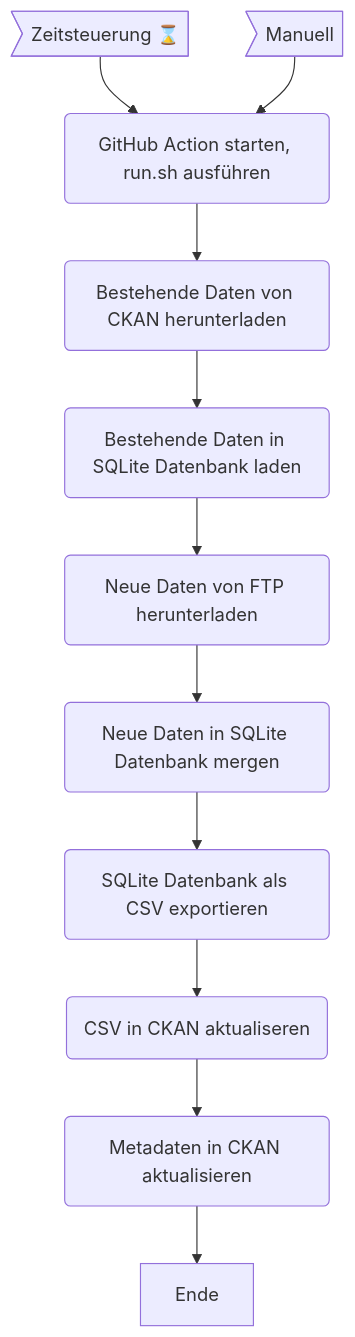
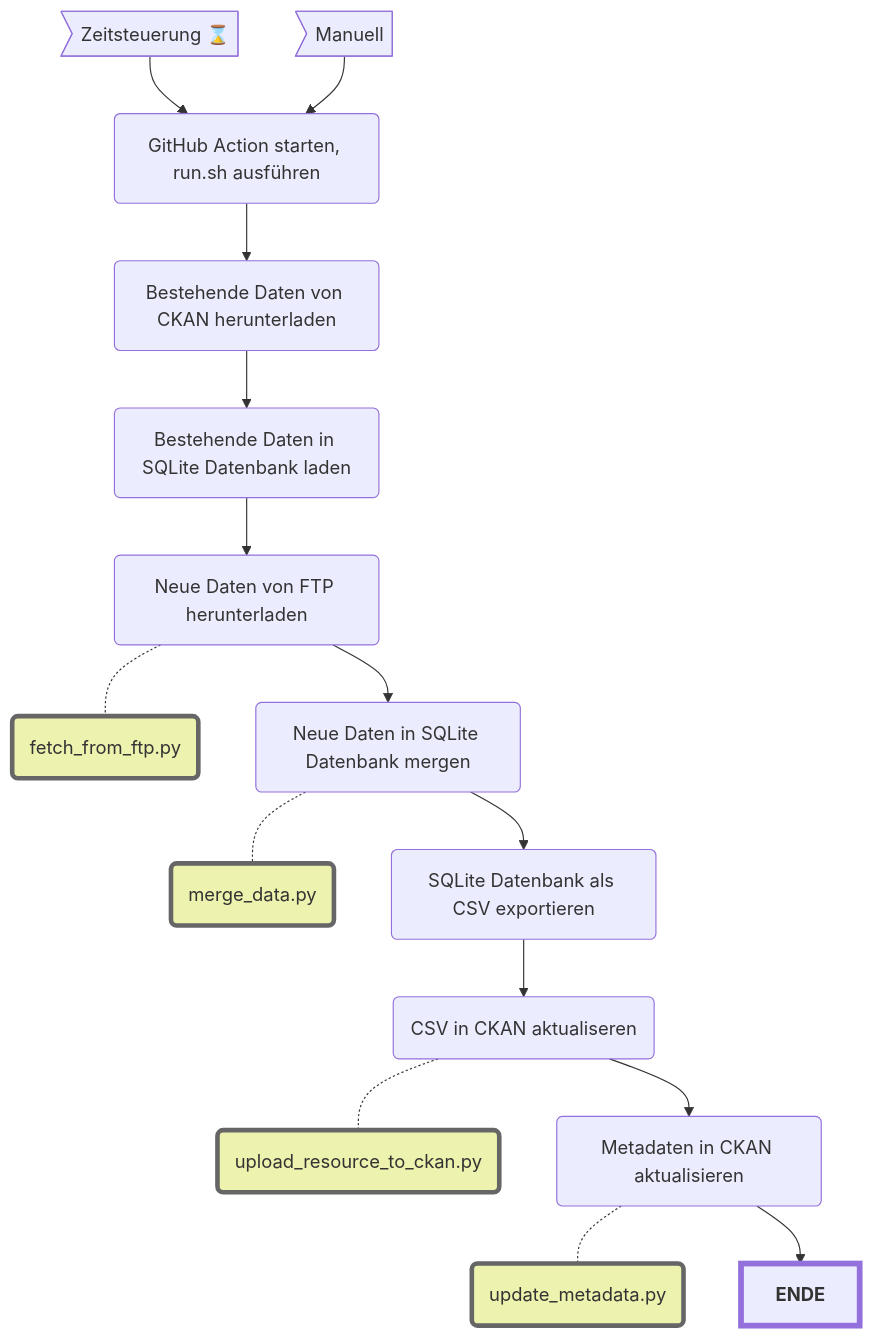
One commit to opendatazurich/opendatazurich.github.io changed the diagram in automation/wapo_wetterstationen/README.md. Above: the diagram before and after it, drawn with Mermaid.

````diff
--- a/automation/wapo_wetterstationen/README.md
+++ b/automation/wapo_wetterstationen/README.md
@@ -9,16 +9,22 @@
 ```mermaid
-flowchart TD
+flowchart TB
     Zeit>"Zeitsteuerung ⌛️"]
     Manuell>"Manuell"]
     Start(GitHub Action starten, run.sh ausführen)
     Zeit --> Start
     Manuell --> Start
     Start --> DatenVonCKAN(Bestehende Daten von CKAN herunterladen)
     DatenVonCKAN --> DatenInDB(Bestehende Daten in SQLite Datenbank laden)
     DatenInDB --> FTP(Neue Daten von FTP herunterladen)
+    FTP -.- fetchftp(fetch_from_ftp.py):::script
     FTP --> Merge(Neue Daten in SQLite Datenbank mergen)
+    Merge -.- mergedata(merge_data.py):::script
     Merge --> Export(SQLite Datenbank als CSV exportieren)
     Export --> DataUpdate(CSV in CKAN aktualiseren)
+    DataUpdate -.- upload(upload_resource_to_ckan.py):::script
     DataUpdate --> MetadataUpdate(Metadaten in CKAN aktualisieren)
-    MetadataUpdate --> Ende
+    MetadataUpdate -.- updatemetadata(update_metadata.py):::script
+    MetadataUpdate --> Ende["`**ENDE**`"]
+    style Ende stroke-width:5px
+    classDef script fill:#EDF2AE,stroke:#666,stroke-width:4px
 ```
````
